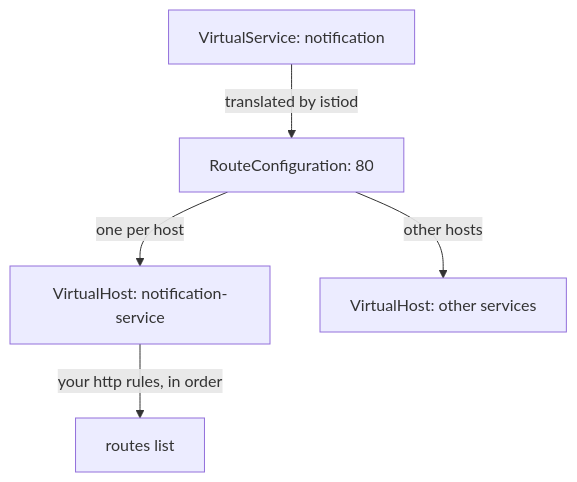
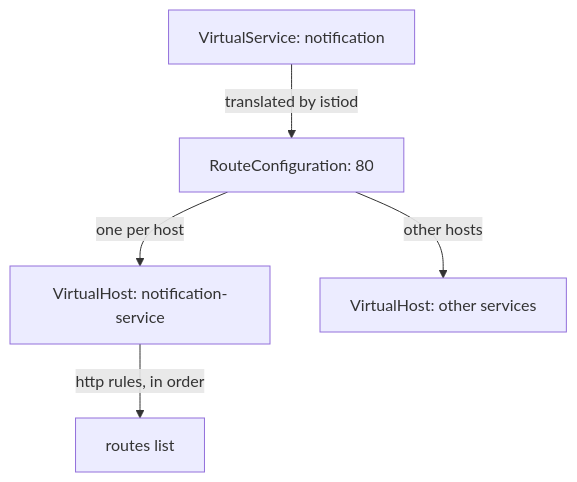
The first of 2 diagrams in sections/section-020/module-01/course-01-virtualservice-to-route-table.md (astrona-io/ATS016), drawn with Mermaid before and after one commit. The commit also changed other lines of this file and 25 other files, not shown here.

````diff
--- a/sections/section-020/module-01/course-01-virtualservice-to-route-table.md
+++ b/sections/section-020/module-01/course-01-virtualservice-to-route-table.md
@@ -35,7 +33,7 @@
 ```mermaid
 flowchart TB
     VS["VirtualService: notification"] -->|"translated by istiod"| RC["RouteConfiguration: 80"]
     RC -->|"one per host"| VH["VirtualHost: notification-service"]
     RC -->|"other hosts"| VH2["VirtualHost: other services"]
-    VH -->|"your http rules, in order"| R["routes list"]
+    VH -->|"http rules, in order"| R["routes list"]
 ```
````
